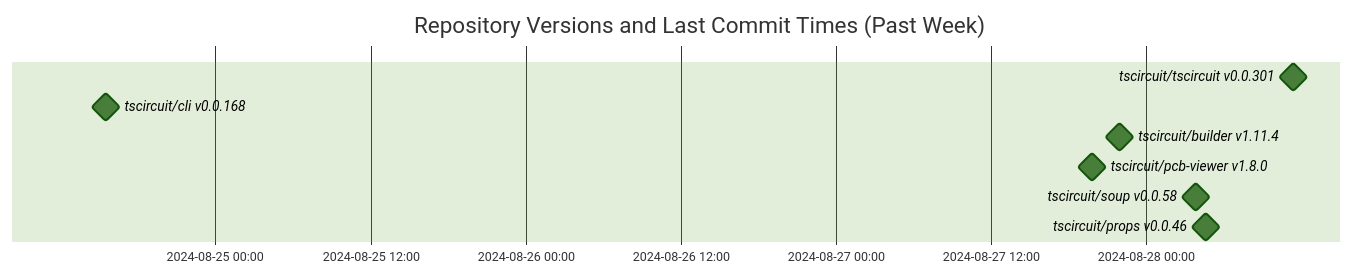
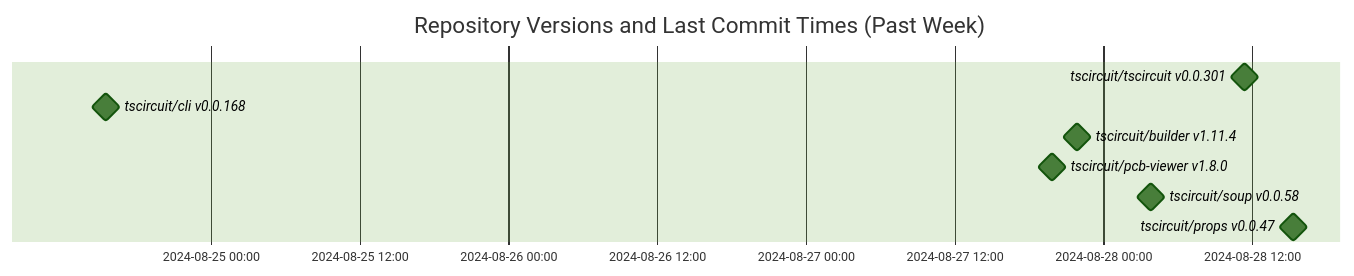
Before and after one commit to tscircuit/version-tracker: the diagram in README.md, drawn with Mermaid (forest theme).

Commit message:
Update chart

````diff
--- a/README.md
+++ b/README.md
@@ -1,13 +1,13 @@
 ```mermaid
 gantt
   dateFormat  YYYY-MM-DD HH:mm:ss
   title Repository Versions and Last Commit Times (Past Week)
   axisFormat %Y-%m-%d %H:%M
 
   tscircuit/tscircuit v0.0.301 : milestone, 2024-08-28 11:26:07, 1s
   tscircuit/cli v0.0.168 : milestone, 2024-08-24 15:32:19, 1s
   tscircuit/builder v1.11.4 : milestone, 2024-08-27 21:56:45, 1s
   tscircuit/pcb-viewer v1.8.0 : milestone, 2024-08-27 19:53:15, 1s
   tscircuit/soup v0.0.58 : milestone, 2024-08-28 03:54:04, 1s
-  tscircuit/props v0.0.46 : milestone, 2024-08-28 04:40:33, 1s
+  tscircuit/props v0.0.47 : milestone, 2024-08-28 15:22:20, 1s
 ```
````
